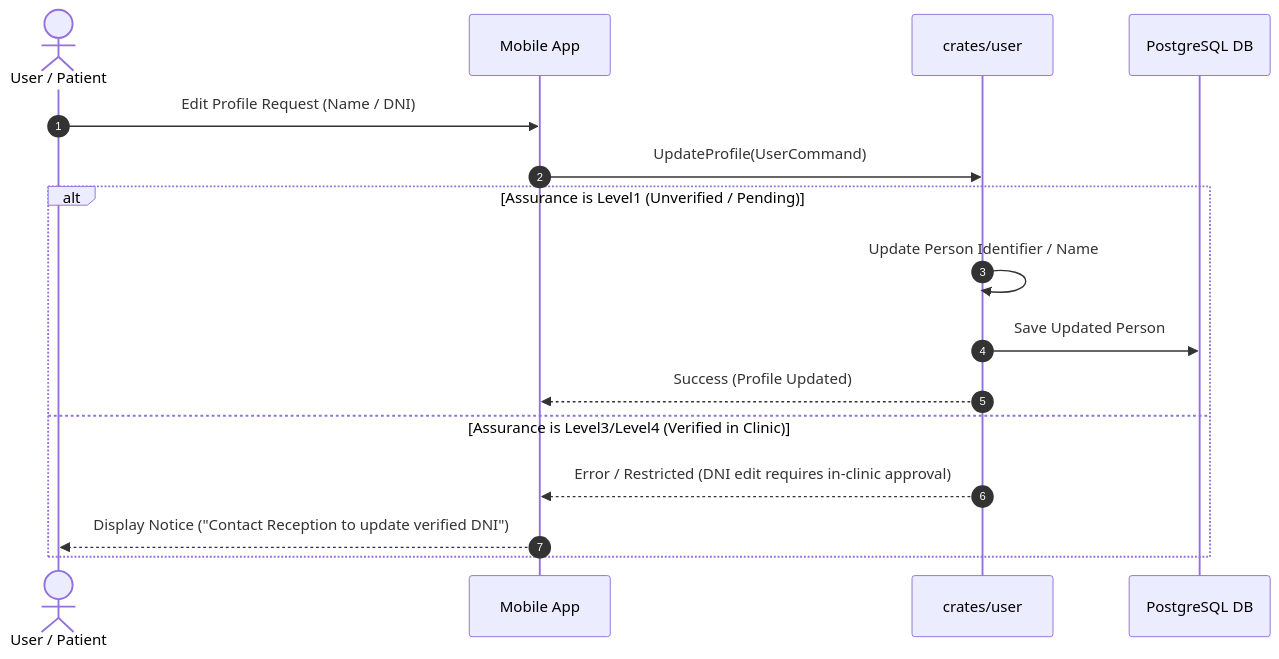
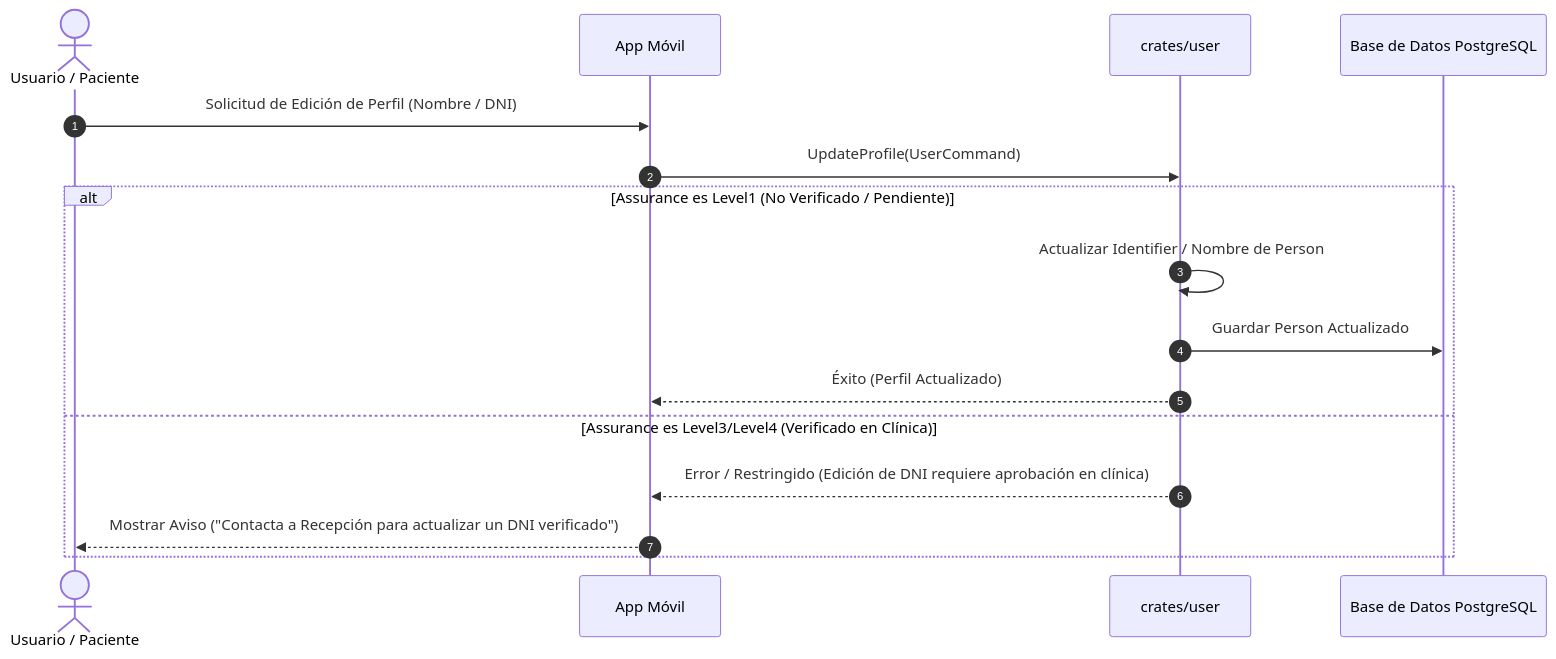
Before and after one commit to mamba-black/my-health-record: the sixth of 9 diagrams in backend/AGENTS.md, drawn with Mermaid. The commit also changed other lines of this file, not shown here.

````diff
--- a/backend/AGENTS.md
+++ b/backend/AGENTS.md
@@ -196,20 +196,20 @@
 ```mermaid
 sequenceDiagram
     autonumber
-    actor User as User / Patient
-    participant App as Mobile App
+    actor User as Usuario / Paciente
+    participant App as App Móvil
     participant UserDomain as crates/user
-    participant DB as PostgreSQL DB
+    participant DB as Base de Datos PostgreSQL
 
-    User->>App: Edit Profile Request (Name / DNI)
+    User->>App: Solicitud de Edición de Perfil (Nombre / DNI)
     App->>UserDomain: UpdateProfile(UserCommand)
     
-    alt Assurance is Level1 (Unverified / Pending)
-        UserDomain->>UserDomain: Update Person Identifier / Name
-        UserDomain->>DB: Save Updated Person
-        UserDomain-->>App: Success (Profile Updated)
-    else Assurance is Level3/Level4 (Verified in Clinic)
-        UserDomain-->>App: Error / Restricted (DNI edit requires in-clinic approval)
-        App-->>User: Display Notice ("Contact Reception to update verified DNI")
+    alt Assurance es Level1 (No Verificado / Pendiente)
+        UserDomain->>UserDomain: Actualizar Identifier / Nombre de Person
+        UserDomain->>DB: Guardar Person Actualizado
+        UserDomain-->>App: Éxito (Perfil Actualizado)
+    else Assurance es Level3/Level4 (Verificado en Clínica)
+        UserDomain-->>App: Error / Restringido (Edición de DNI requiere aprobación en clínica)
+        App-->>User: Mostrar Aviso ("Contacta a Recepción para actualizar un DNI verificado")
     end
 ```
````
